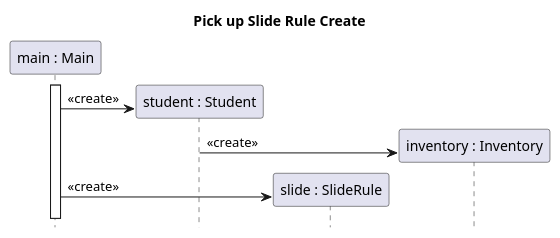
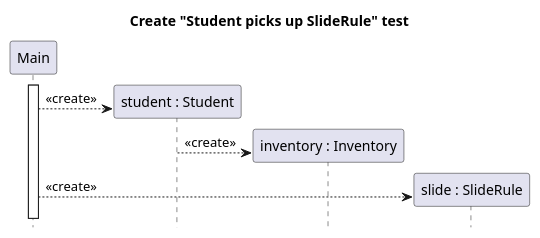
One commit to sn4k3ch4rm3r/logarlec changed the diagram in docs/diagrams/test-create-sequence/student-pickup-sliderule-create.puml. Above: the diagram before and after it, drawn with PlantUML. The commit also changed 20 other files, not shown here.

Commit message:
Fixed initializer sequences

```diff
--- a/docs/diagrams/test-create-sequence/student-pickup-sliderule-create.puml
+++ b/docs/diagrams/test-create-sequence/student-pickup-sliderule-create.puml
@@ -1,20 +1,20 @@
 @startuml student-pickup-sliderule-create
 
-title Pick up Slide Rule Create
+title Create "Student picks up SlideRule" test
 hide footbox
 
-participant "main : Main" as main
+participant "Main" as main
 participant "student : Student" as stu
+participant "inventory : Inventory" as inv
 participant "slide : SlideRule" as slide
-participant "inventory : Inventory" as inv
 
 main++
 create stu
-main-> stu  : <<create>>
+main --> stu  : <<create>>
 create inv
-stu -> inv : <<create>>
+stu --> inv : <<create>>
 create slide
-main -> slide : <<create>>
+main --> slide : <<create>>
 
 
 @enduml
```
